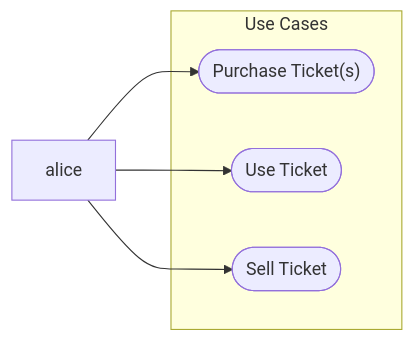
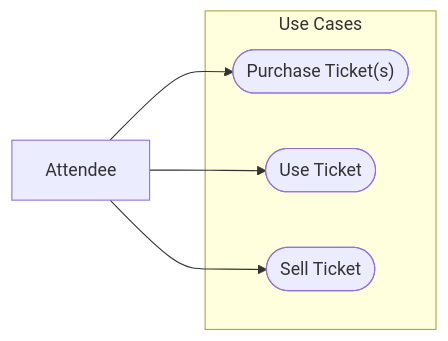
Before and after one commit to openwallet-foundation/architecture-sig: the first of 2 diagrams in docs/use-cases/event-use-case.md, drawn with Mermaid.

Commit message:
Update use case diagram

````diff
--- a/docs/use-cases/event-use-case.md
+++ b/docs/use-cases/event-use-case.md
@@ -8,10 +8,10 @@
 ```mermaid
 flowchart LR
-  alice
+  Attendee
   subgraph uc[Use Cases]
     uc1(["Purchase Ticket(s)"])
     uc2([Use Ticket])
     uc3([Sell Ticket])
   end
-  alice-->uc1 & uc2 & uc3
+  Attendee-->uc1 & uc2 & uc3
 ```
````
